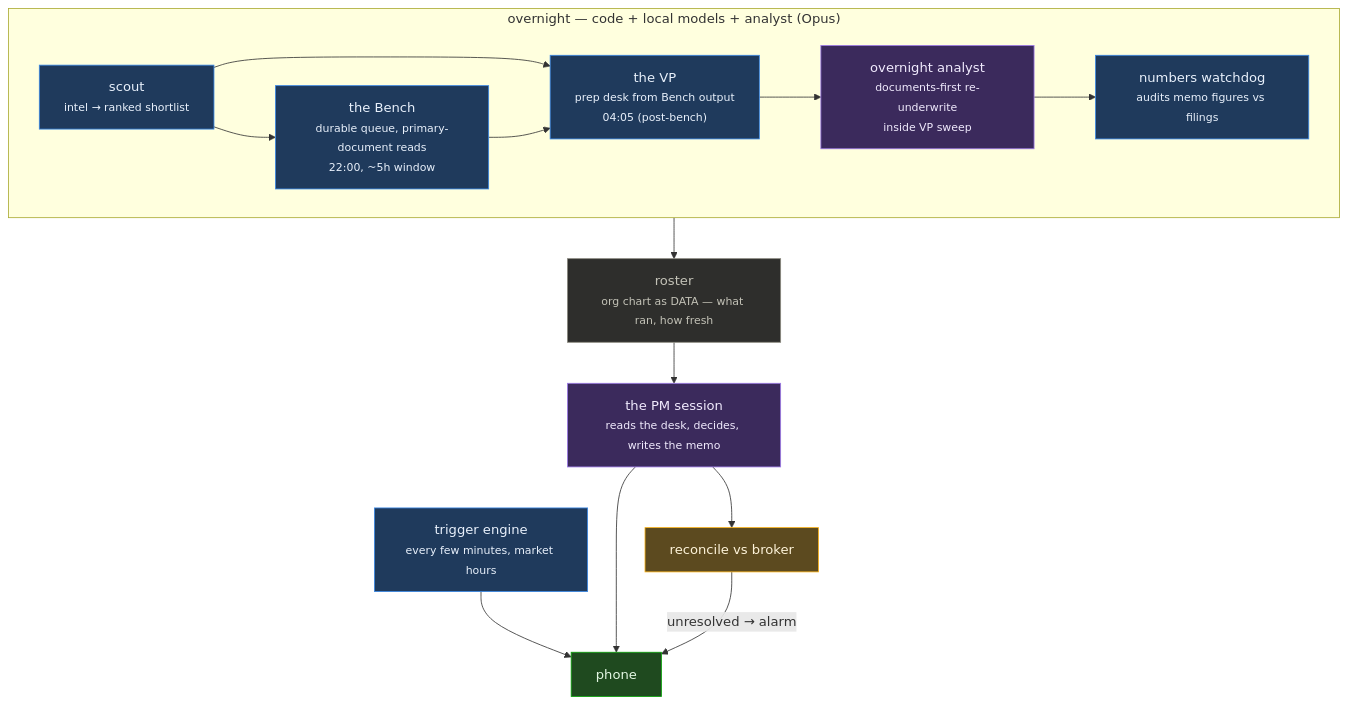
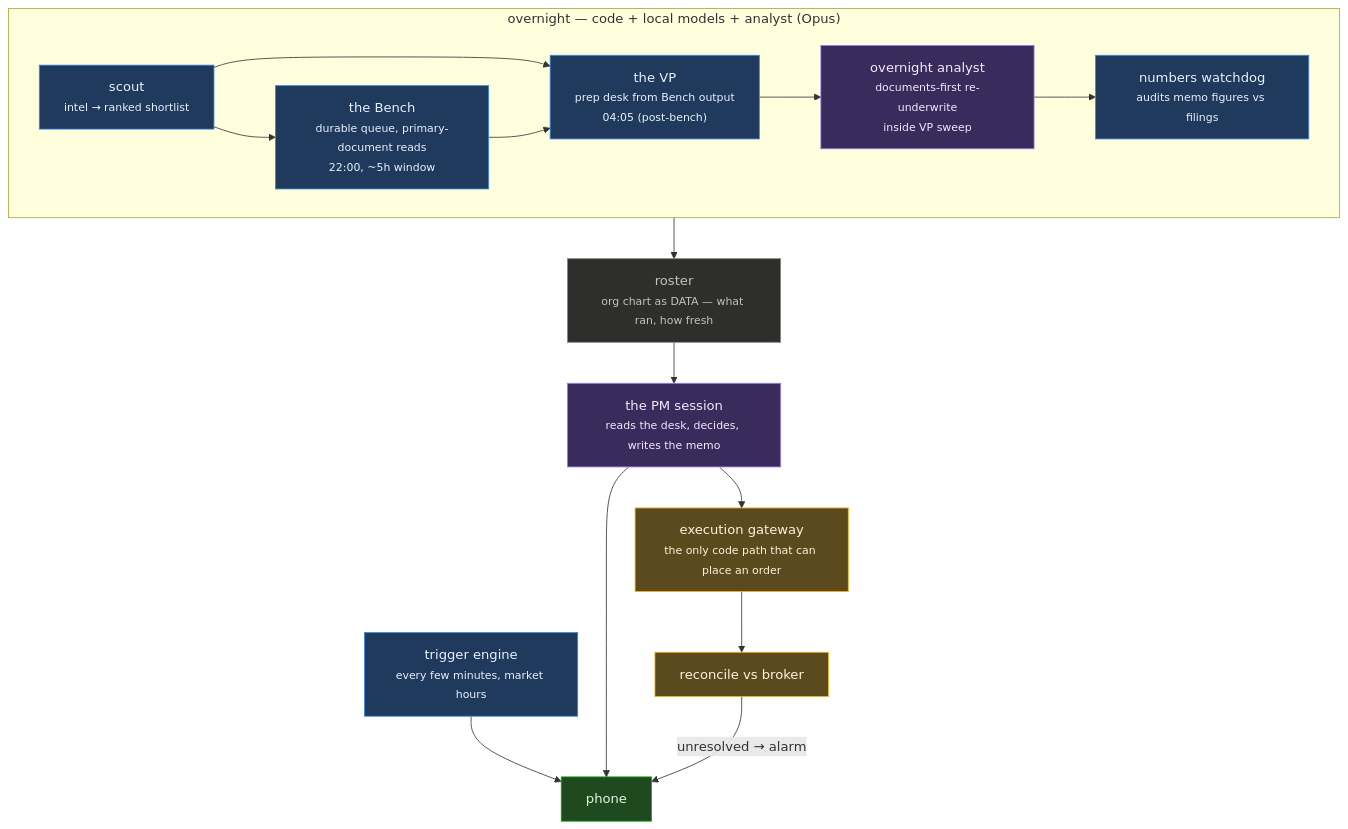
The diagram in AGENT.md (daviddingdev/stocks-public), drawn with Mermaid before and after one commit.

Commit message:
Public overview of the research engine

````diff
--- a/AGENT.md
+++ b/AGENT.md
@@ -27,30 +27,31 @@
 ```mermaid
 flowchart TB
   subgraph Night["overnight — code + local models + analyst (Opus)"]
     direction LR
     SC["scout<br/><small>intel → ranked shortlist</small>"]:::c
     BN["the Bench<br/><small>durable queue, primary-document reads<br/>22:00, ~5h window</small>"]:::c
     AN["overnight analyst<br/><small>documents-first re-underwrite<br/>inside VP sweep</small>"]:::ai
     VP["the VP<br/><small>prep desk from Bench output<br/>04:05 (post-bench)</small>"]:::c
     NW["numbers watchdog<br/><small>audits memo figures vs filings</small>"]:::c
   end
   R["roster<br/><small>org chart as DATA — what ran, how fresh</small>"]:::d
   PM["the PM session<br/><small>reads the desk, decides, writes the memo</small>"]:::ai
   T["trigger engine<br/><small>every few minutes, market hours</small>"]:::c
+  GW["execution gateway<br/><small>the only code path that can place an order</small>"]:::g
   REC["reconcile vs broker"]:::g
   PH["phone"]:::o
 
   SC --> BN
   SC --> VP
   BN --> VP
-  VP --> AN --> NW --> R --> PM --> REC
+  VP --> AN --> NW --> R --> PM --> GW --> REC
   T --> PH
   PM --> PH
   REC -->|"unresolved → alarm"| PH
 
   classDef c fill:#1f3a5c,stroke:#3987e5,color:#e8f0fb
   classDef ai fill:#3b2a5c,stroke:#9d7be8,color:#f0eafd
   classDef d fill:#2e2e2c,stroke:#8a897f,color:#c3c2b7
   classDef g fill:#5c4a1f,stroke:#fab219,color:#fdf3d9
   classDef o fill:#1f4a1f,stroke:#0ca30c,color:#e3f7e3
 ```
````
